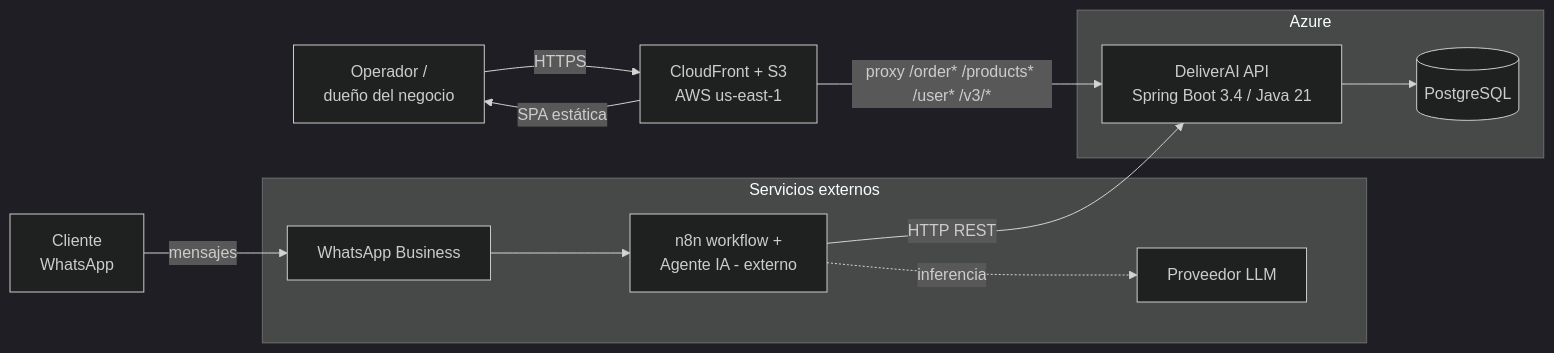
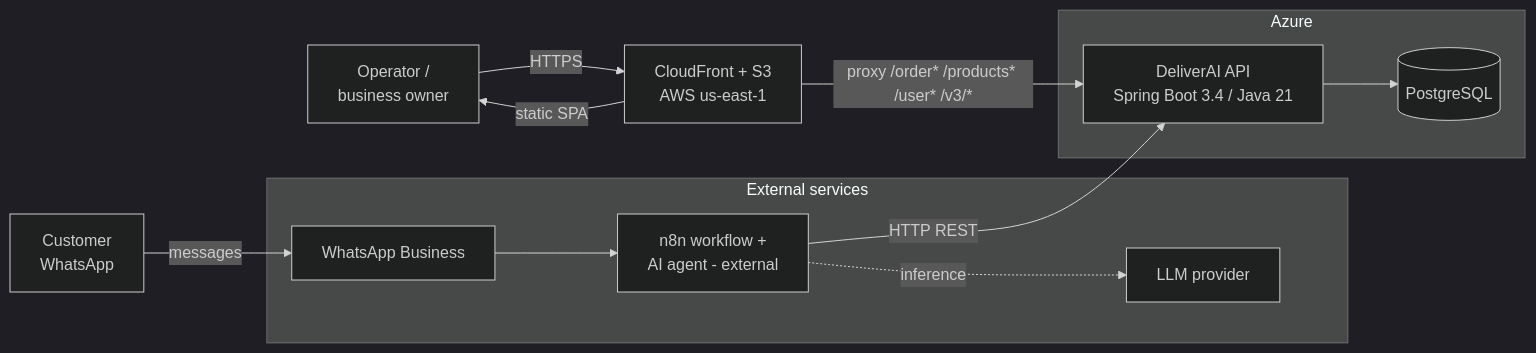
The first of 5 diagrams in README.md (tulio3101/DeliverAI), drawn with Mermaid (dark theme) before and after one commit. The commit also changed other lines of this file and 4 other files, not shown here.

````diff
--- a/README.md
+++ b/README.md
@@ -51,20 +51,20 @@
 ```mermaid
 flowchart LR
-    C["Cliente<br/>WhatsApp"] -->|mensajes| WA["WhatsApp Business"]
-    OP["Operador /<br/>dueño del negocio"] -->|HTTPS| CF["CloudFront + S3<br/>AWS us-east-1"]
+    C["Customer<br/>WhatsApp"] -->|messages| WA["WhatsApp Business"]
+    OP["Operator /<br/>business owner"] -->|HTTPS| CF["CloudFront + S3<br/>AWS us-east-1"]
 
-    subgraph EXT["Servicios externos"]
-        WA --> N8N["n8n workflow +<br/>Agente IA - externo"]
-        N8N -.->|inferencia| LLM["Proveedor LLM"]
+    subgraph EXT["External services"]
+        WA --> N8N["n8n workflow +<br/>AI agent - external"]
+        N8N -.->|inference| LLM["LLM provider"]
     end
 
     subgraph AZ["Azure"]
         API["DeliverAI API<br/>Spring Boot 3.4 / Java 21"]
         DB[("PostgreSQL")]
         API --> DB
     end
 
     N8N -->|"HTTP REST"| API
-    CF -->|"SPA estática"| OP
+    CF -->|"static SPA"| OP
     CF -->|"proxy /order* /products* /user* /v3/*"| API
 ```
````
